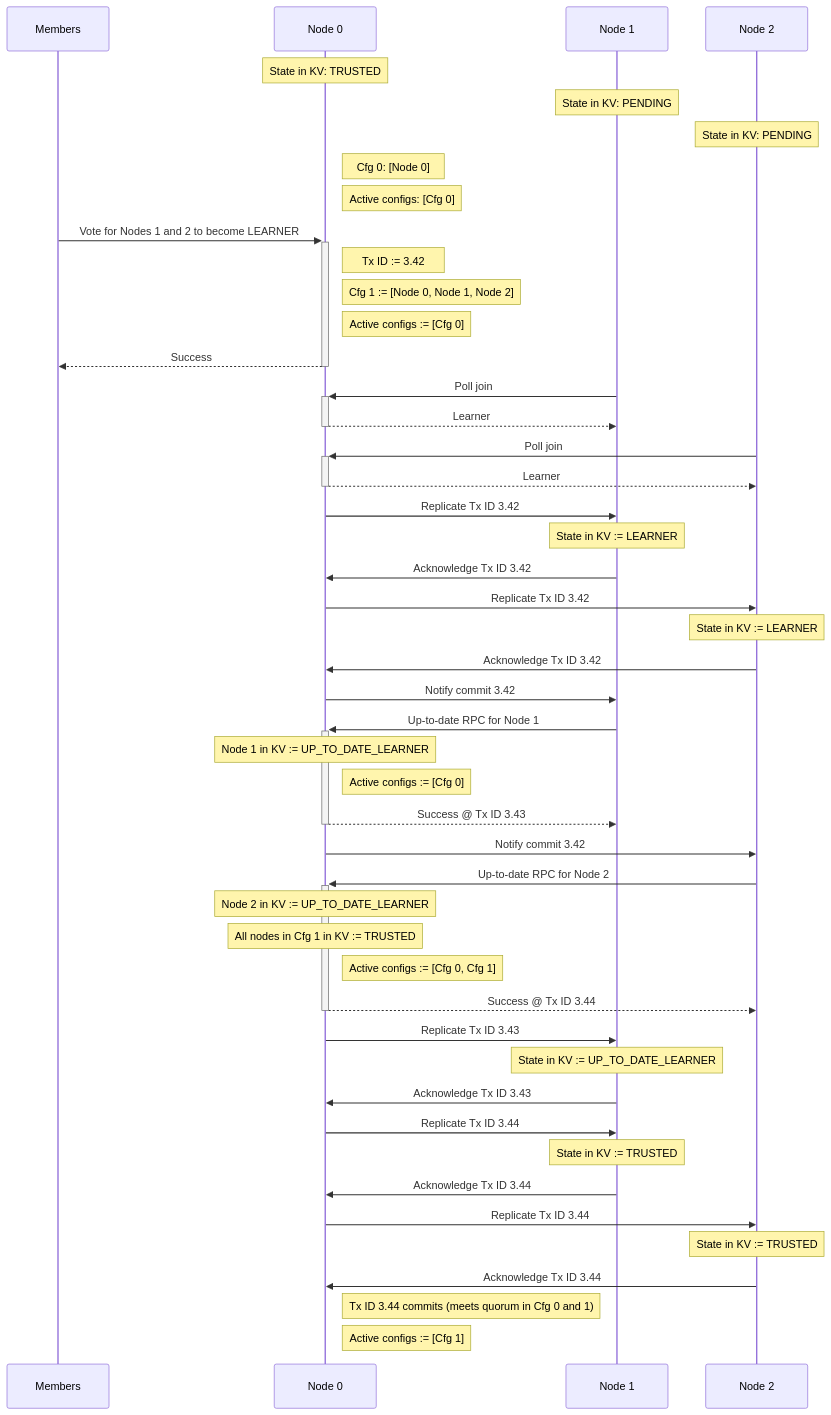
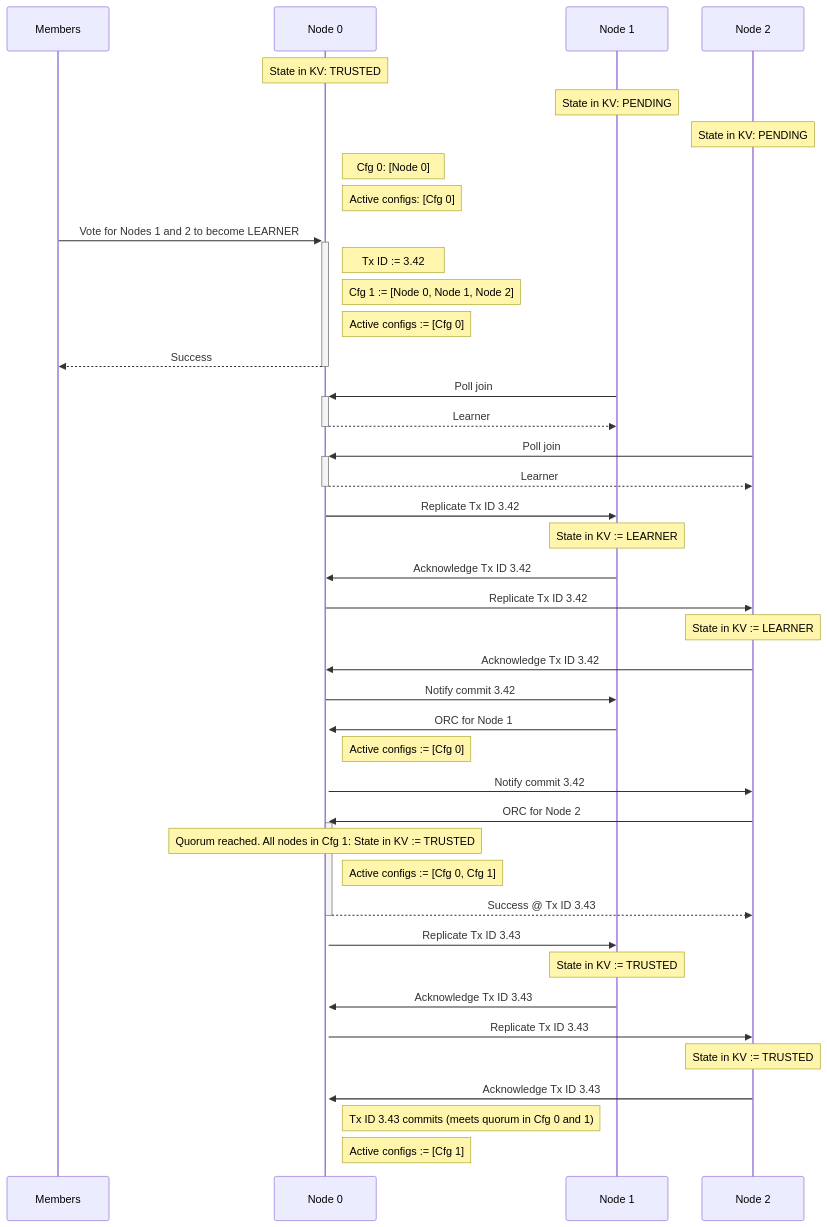
Before and after one commit to microsoft/CCF: the fourth of 8 diagrams in doc/overview/consensus.rst, drawn with Mermaid. The commit also changed other lines of this file, not shown here.

```diff
--- a/doc/overview/consensus.rst
+++ b/doc/overview/consensus.rst
@@ -189,63 +188,57 @@
 .. mermaid::
 
     sequenceDiagram
         participant Members
         participant Node 0
         participant Node 1
         participant Node 2
 
         Note over Node 0: State in KV: TRUSTED
         Note over Node 1: State in KV: PENDING
         Note over Node 2: State in KV: PENDING
 
         Note right of Node 0: Cfg 0: [Node 0]
         Note right of Node 0: Active configs: [Cfg 0]
 
         Members->>+Node 0: Vote for Nodes 1 and 2 to become LEARNER
 
         Note right of Node 0: Tx ID := 3.42
         Note right of Node 0: Cfg 1 := [Node 0, Node 1, Node 2]
         Note right of Node 0: Active configs := [Cfg 0]
         Node 0-->>-Members: Success
 
         Node 1->>+Node 0: Poll join
         Node 0-->>-Node 1: Learner
 
         Node 2->>+Node 0: Poll join
         Node 0-->>-Node 2: Learner
 
         Node 0->>Node 1: Replicate Tx ID 3.42
         Note over Node 1: State in KV := LEARNER
         Node 1->>Node 0: Acknowledge Tx ID 3.42
 
         Node 0->>Node 2: Replicate Tx ID 3.42
         Note over Node 2: State in KV := LEARNER
         Node 2->>Node 0: Acknowledge Tx ID 3.42
 
         Node 0->>Node 1: Notify commit 3.42
 
-        Node 1->>+Node 0: Up-to-date RPC for Node 1
-        Note over Node 0: Node 1 in KV := UP_TO_DATE_LEARNER
+        Node 1->>+Node 0: ORC for Node 1
         Note right of Node 0: Active configs := [Cfg 0]
-        Node 0-->>-Node 1: Success @ Tx ID 3.43
 
         Node 0->>Node 2: Notify commit 3.42
 
-        Node 2->>+Node 0: Up-to-date RPC for Node 2
-        Note over Node 0: Node 2 in KV := UP_TO_DATE_LEARNER
-        Note over Node 0: All nodes in Cfg 1 in KV := TRUSTED
+        Node 2->>+Node 0: ORC for Node 2
+        Note over Node 0: Quorum reached. All nodes in Cfg 1: State in KV := TRUSTED
         Note right of Node 0: Active configs := [Cfg 0, Cfg 1]
-        Node 0-->>-Node 2: Success @ Tx ID 3.44
+        Node 0-->>-Node 2: Success @ Tx ID 3.43
 
         Node 0->>Node 1: Replicate Tx ID 3.43
-        Note over Node 1: State in KV := UP_TO_DATE_LEARNER
+        Note over Node 1: State in KV := TRUSTED
         Node 1->>Node 0: Acknowledge Tx ID 3.43
-        Node 0->>Node 1: Replicate Tx ID 3.44
-        Note over Node 1: State in KV := TRUSTED
-        Node 1->>Node 0: Acknowledge Tx ID 3.44
-        Node 0->>Node 2: Replicate Tx ID 3.44
+        Node 0->>Node 2: Replicate Tx ID 3.43
         Note over Node 2: State in KV := TRUSTED
-        Node 2->>Node 0: Acknowledge Tx ID 3.44
+        Node 2->>Node 0: Acknowledge Tx ID 3.43
 
-        Note right of Node 0: Tx ID 3.44 commits (meets quorum in Cfg 0 and 1)
+        Note right of Node 0: Tx ID 3.43 commits (meets quorum in Cfg 0 and 1)
         Note right of Node 0: Active configs := [Cfg 1]
```
